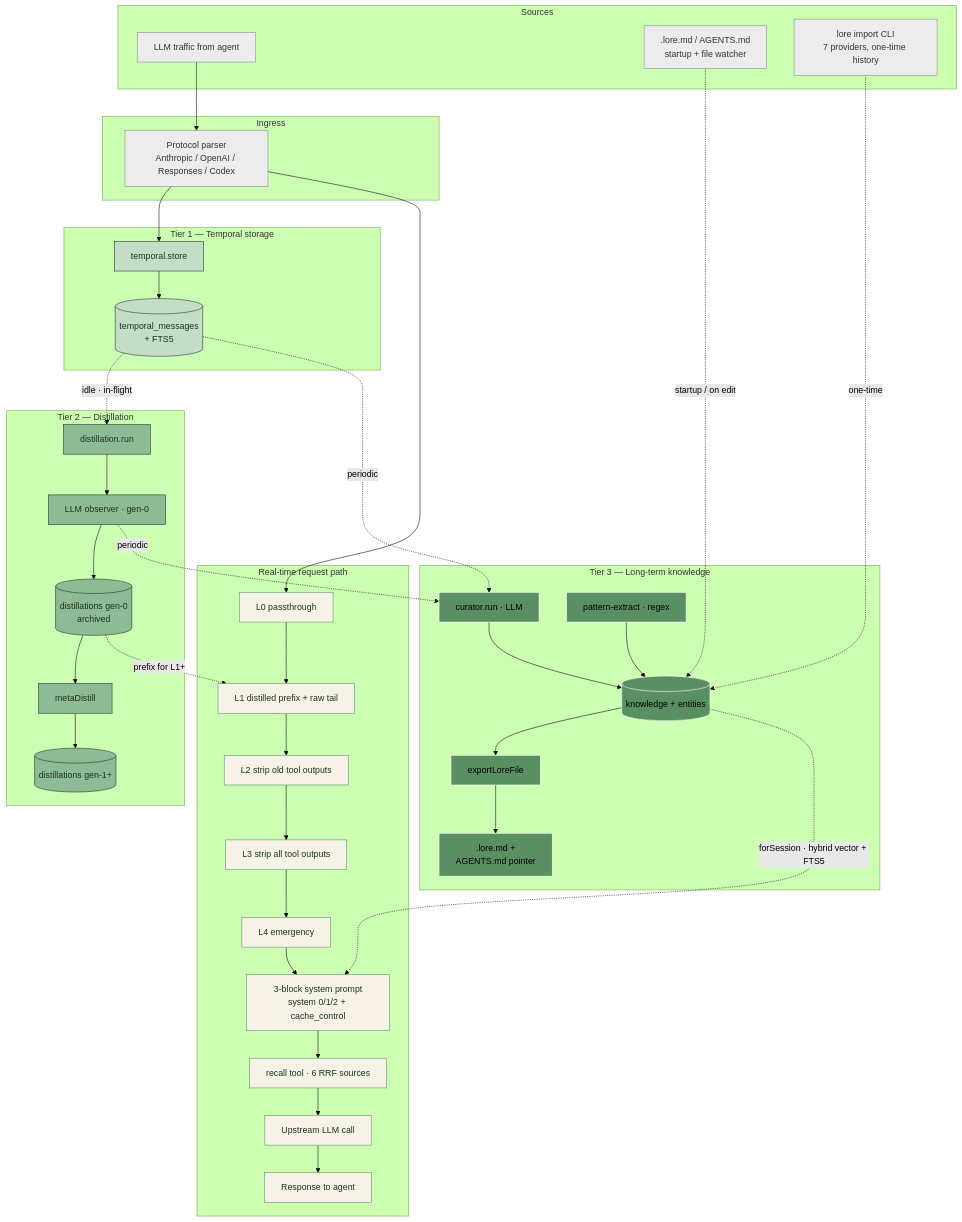
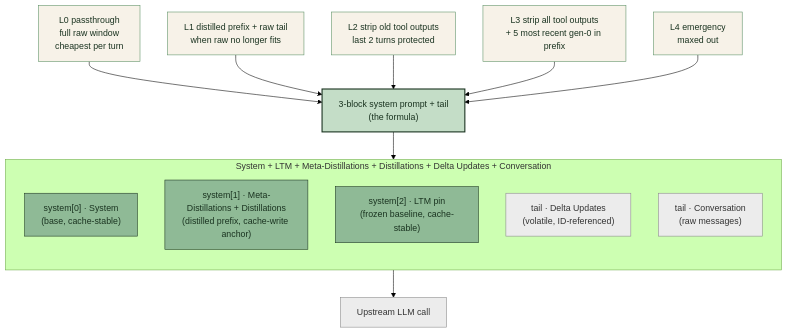
Before and after one commit to BYK/loreai: the fourth of 5 diagrams in packages/website/src/content/docs/docs/architecture.md, drawn with Mermaid (forest theme). The commit also changed other lines of this file, not shown here.

````diff
--- a/packages/website/src/content/docs/docs/architecture.md
+++ b/packages/website/src/content/docs/docs/architecture.md
@@ -40,84 +159,34 @@
 ```mermaid
 flowchart TB
-    subgraph Sources["Sources"]
-        S1["LLM traffic from agent"]
-        S2[".lore.md / AGENTS.md<br/>startup + file watcher"]
-        S3["lore import CLI<br/>7 providers, one-time history"]
+    L0["L0 passthrough<br/>full raw window<br/>cheapest per turn"]:::layer
+    L1["L1 distilled prefix + raw tail<br/>when raw no longer fits"]:::layer
+    L2["L2 strip old tool outputs<br/>last 2 turns protected"]:::layer
+    L3["L3 strip all tool outputs<br/>+ 5 most recent gen-0 in prefix"]:::layer
+    L4["L4 emergency<br/>maxed out"]:::layer
+
+    L0 --> Compose
+    L1 --> Compose
+    L2 --> Compose
+    L3 --> Compose
+    L4 --> Compose
+
+    Compose["3-block system prompt + tail<br/>(the formula)"]:::compose
+
+    subgraph Formula["System + LTM + Meta-Distillations + Distillations + Delta Updates + Conversation"]
+        direction TB
+        S0["system[0] · System<br/>(base, cache-stable)"]:::sys
+        S1["system[1] · Meta-Distillations + Distillations<br/>(distilled prefix, cache-write anchor)"]:::sys
+        S2["system[2] · LTM pin<br/>(frozen baseline, cache-stable)"]:::sys
+        DU["tail · Delta Updates<br/>(volatile, ID-referenced)"]:::tail
+        C["tail · Conversation<br/>(raw messages)"]:::tail
     end
 
-    subgraph Ingress["Ingress"]
-        I1["Protocol parser<br/>Anthropic / OpenAI / Responses / Codex"]
-    end
+    Compose --> Formula
+    Formula --> LLM["Upstream LLM call"]:::ext
 
-    subgraph T1["Tier 1 — Temporal storage"]
-        TT["temporal.store"]
-        DB1[("temporal_messages<br/>+ FTS5")]
-    end
-
-    subgraph Realtime["Real-time request path"]
-        G0["L0 passthrough"]
-        G1["L1 distilled prefix + raw tail"]
-        G2["L2 strip old tool outputs"]
-        G3["L3 strip all tool outputs"]
-        G4["L4 emergency"]
-        SP["3-block system prompt<br/>system 0/1/2 + cache_control"]
-        RC["recall tool · 6 RRF sources"]
-        UP["Upstream LLM call"]
-        Resp["Response to agent"]
-    end
-
-    subgraph T2["Tier 2 — Distillation"]
-        DR["distillation.run"]
-        OB["LLM observer · gen-0"]
-        DB2[("distillations gen-0<br/>archived")]
-        MD["metaDistill"]
-        DB3[("distillations gen-1+")]
-    end
-
-    subgraph T3["Tier 3 — Long-term knowledge"]
-        CR["curator.run · LLM"]
-        PE["pattern-extract · regex"]
-        DB4[("knowledge + entities")]
-        EX["exportLoreFile"]
-        F4[".lore.md +<br/>AGENTS.md pointer"]
-    end
-
-    S1 --> I1
-    S2 -. "startup / on edit" .-> DB4
-    S3 -. "one-time" .-> DB4
-
-    I1 --> TT
-    TT --> DB1
-    I1 --> G0
-    G0 --> G1 --> G2 --> G3 --> G4
-    G4 --> SP
-    SP --> RC
-    RC --> UP
-    UP --> Resp
-
-    DB1 -. "idle · in-flight" .-> DR
-    DR --> OB
-    OB --> DB2
-    DB2 --> MD
-    MD --> DB3
-    DB2 -. "prefix for L1+" .-> G1
-
-    DB1 -. "periodic" .-> CR
-    OB -. "periodic" .-> CR
-    CR --> DB4
-    PE --> DB4
-    DB4 --> EX
-    EX --> F4
-    DB4 -. "forSession · hybrid vector + FTS5" .-> SP
-
-    classDef t1 fill:#c4ddc7,stroke:#1a3320,color:#1a3320
-    classDef t2 fill:#8fba96,stroke:#1a3320,color:#1a3320
-    classDef t3 fill:#5a8f63,stroke:#fff
-    classDef rt fill:#f7f2e8,stroke:#5a8f63,color:#1a3320
-    classDef src fill:#ececec,stroke:#888,color:#333
-    class TT,DB1 t1
-    class DR,OB,DB2,MD,DB3 t2
-    class CR,PE,DB4,EX,F4 t3
-    class G0,G1,G2,G3,G4,SP,RC,UP,Resp rt
-    class S1,S2,S3,I1 src
+    classDef layer fill:#f7f2e8,stroke:#5a8f63,color:#1a3320
+    classDef compose fill:#c4ddc7,stroke:#1a3320,stroke-width:2px,color:#1a3320
+    classDef sys fill:#8fba96,stroke:#1a3320,color:#1a3320
+    classDef tail fill:#ececec,stroke:#888,color:#333
+    classDef ext fill:#ececec,stroke:#888,color:#333
 ```
````
